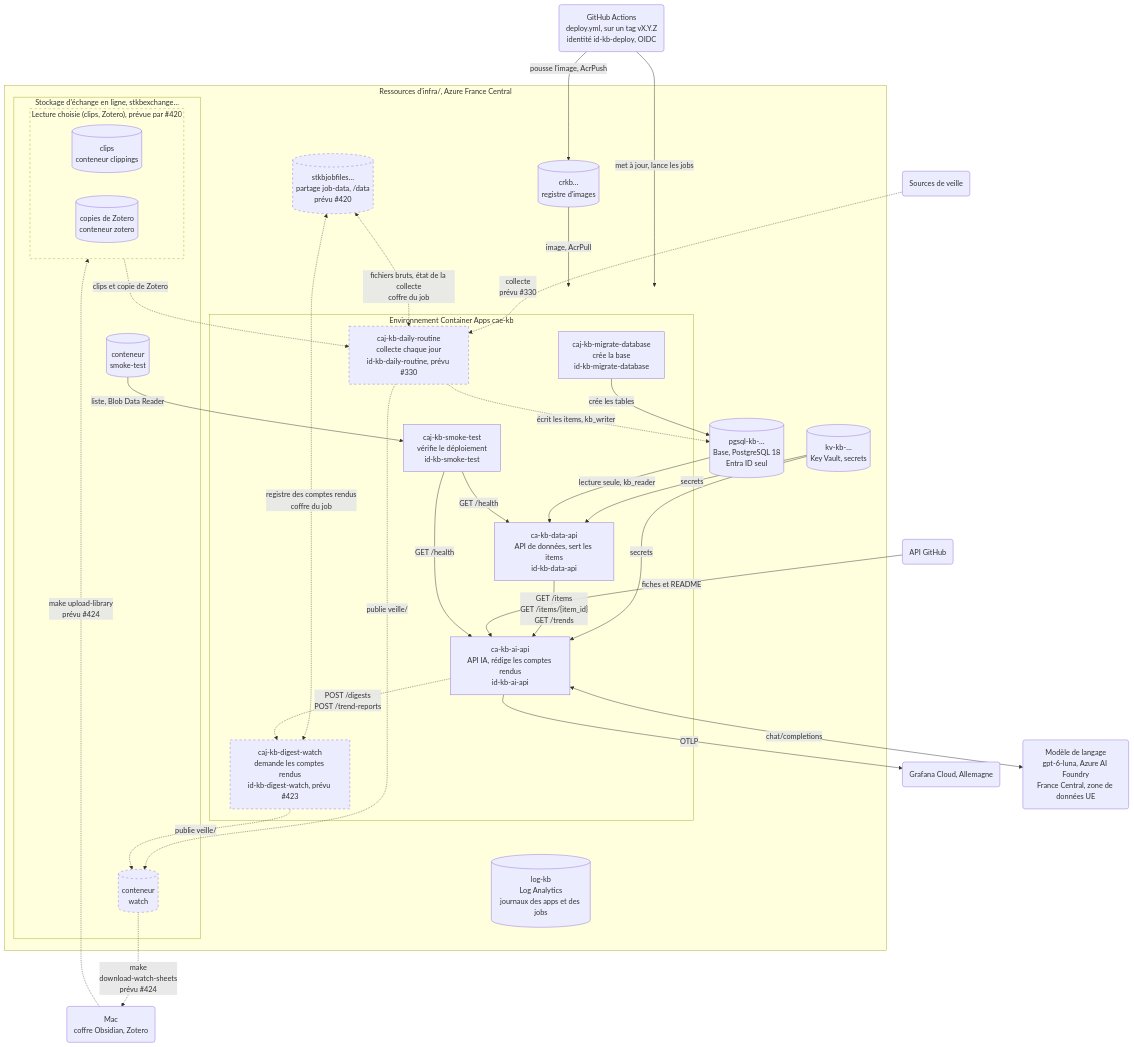
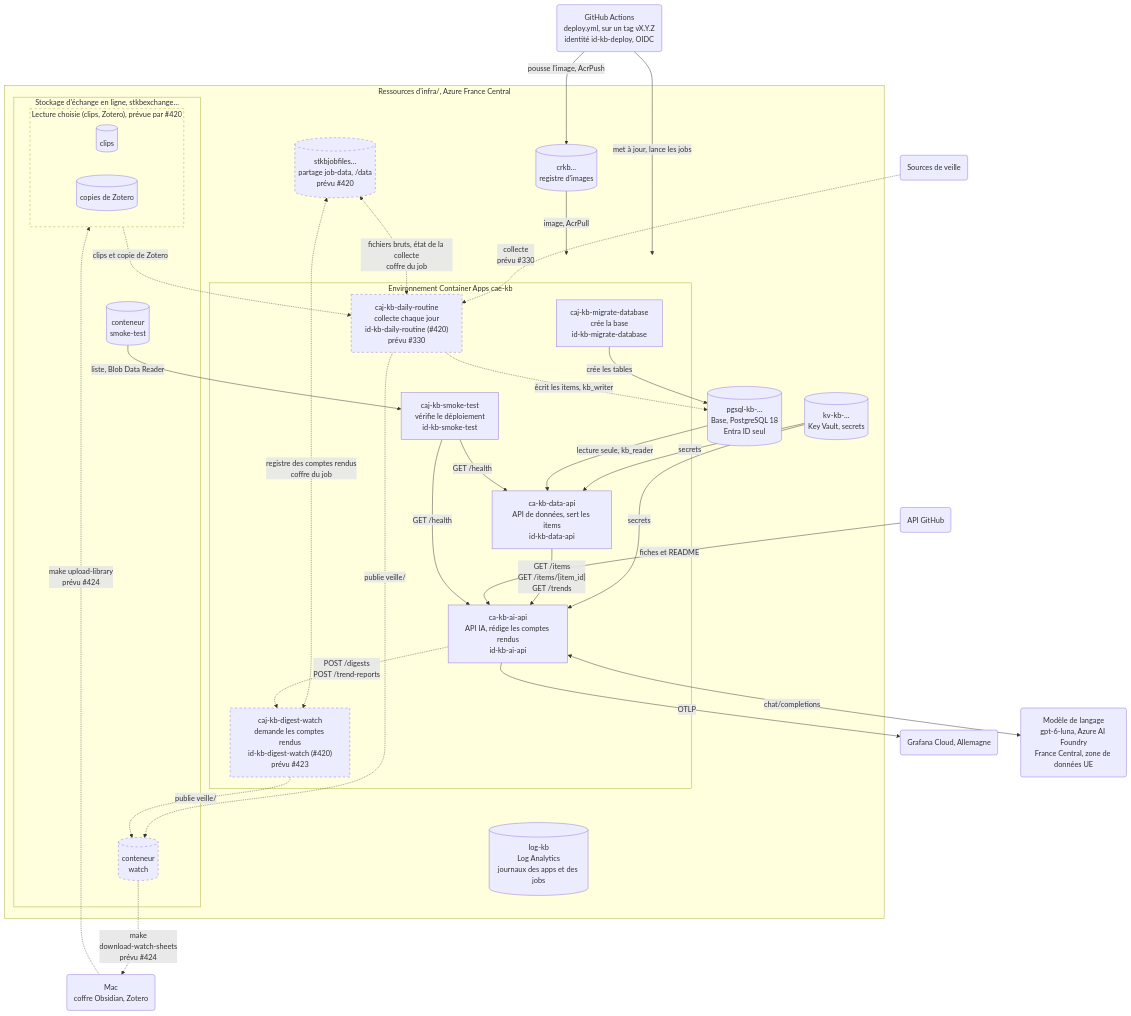
One commit to SabineLaurent/K-B changed the fourth of 4 diagrams in documentation/architecture_pour_docu.md. Above: the diagram before and after it, drawn with Mermaid. The commit also changed other lines of this file and 1 other file, not shown here.

Commit message:
docs: apply the triage of the review of the corrected schemas (issue 511)

````diff
--- a/documentation/architecture_pour_docu.md
+++ b/documentation/architecture_pour_docu.md
@@ -368,61 +370,61 @@
 ```mermaid
 flowchart TB
     actions("GitHub Actions<br>deploy.yml, sur un tag vX.Y.Z<br>identité id-kb-deploy, OIDC")
     mac("Mac<br>coffre Obsidian, Zotero")
     sources("Sources de veille")
     subgraph azure["Ressources d'infra/, Azure France Central"]
         registry[("crkb…<br>registre d'images")]
         keyVault[("kv-kb-…<br>Key Vault, secrets")]
         logs[("log-kb<br>Log Analytics<br>journaux des apps et des jobs")]
         subgraph cae["Environnement Container Apps cae-kb"]
             migrateJob["caj-kb-migrate-database<br>crée la base<br>id-kb-migrate-database"]
             smokeJob["caj-kb-smoke-test<br>vérifie le déploiement<br>id-kb-smoke-test"]
             dataApi["ca-kb-data-api<br>API de données, sert les items<br>id-kb-data-api"]
             aiApi["ca-kb-ai-api<br>API IA, rédige les comptes rendus<br>id-kb-ai-api"]
-            dailyJob["caj-kb-daily-routine<br>collecte chaque jour<br>id-kb-daily-routine, prévu #330"]
-            digestJob["caj-kb-digest-watch<br>demande les comptes rendus<br>id-kb-digest-watch, prévu #423"]
+            dailyJob["caj-kb-daily-routine<br>collecte chaque jour<br>id-kb-daily-routine (#420)<br>prévu #330"]
+            digestJob["caj-kb-digest-watch<br>demande les comptes rendus<br>id-kb-digest-watch (#420)<br>prévu #423"]
         end
         base[("pgsql-kb-…<br>Base, PostgreSQL 18<br>Entra ID seul")]
         subgraph exchange["Stockage d'échange en ligne, stkbexchange…"]
             smokeContainer[("conteneur<br>smoke-test")]
             subgraph choice["Lecture choisie (clips, Zotero), prévue par #420"]
-                clipContainer[("clips<br>conteneur clippings")]
-                zoteroContainer[("copies de Zotero<br>conteneur zotero")]
+                clipContainer[("clips")]
+                zoteroContainer[("copies de Zotero")]
             end
             watchContainer[("conteneur<br>watch")]
         end
         jobFiles[("stkbjobfiles…<br>partage job-data, /data<br>prévu #420")]
     end
     grafana("Grafana Cloud, Allemagne")
     githubApi("API GitHub")
     model("Modèle de langage<br>gpt-6-luna, Azure AI Foundry<br>France Central, zone de données UE")
     style dailyJob stroke-dasharray: 5 5
     style digestJob stroke-dasharray: 5 5
     style choice stroke-dasharray: 5 5
     style watchContainer stroke-dasharray: 5 5
     style jobFiles stroke-dasharray: 5 5
     actions -->|"pousse l'image, AcrPush"| registry
     actions -->|"met à jour, lance les jobs"| cae
     registry -->|"image, AcrPull"| cae
     keyVault -->|"secrets"| dataApi
     keyVault -->|"secrets"| aiApi
     migrateJob -->|"crée les tables"| base
     base -->|"lecture seule, kb_reader"| dataApi
     dataApi -->|"GET /items<br>GET /items/{item_id}<br>GET /trends"| aiApi
     aiApi -->|"OTLP"| grafana
     githubApi -->|"fiches et README"| aiApi
     aiApi <-->|"chat/completions"| model
     smokeContainer -->|"liste, Blob Data Reader"| smokeJob
     smokeJob -->|"GET /health"| dataApi
     smokeJob -->|"GET /health"| aiApi
     mac -.->|"make upload-library<br>prévu #424"| choice
     sources -.->|"collecte<br>prévu #330"| dailyJob
     choice -.->|"clips et copie de Zotero"| dailyJob
     dailyJob -.->|"écrit les items, kb_writer"| base
     jobFiles <-.->|"fichiers bruts, état de la collecte<br>coffre du job"| dailyJob
     jobFiles <-.->|"registre des comptes rendus<br>coffre du job"| digestJob
     aiApi -.->|"POST /digests<br>POST /trend-reports"| digestJob
     dailyJob -.->|"publie veille/"| watchContainer
     digestJob -.->|"publie veille/"| watchContainer
     watchContainer -.->|"make<br>download-watch-sheets<br>prévu #424"| mac
 ```
````
